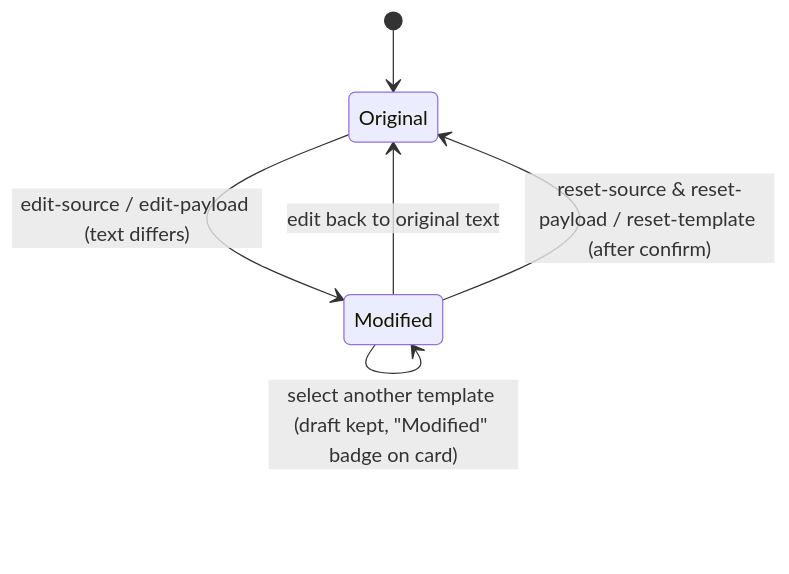
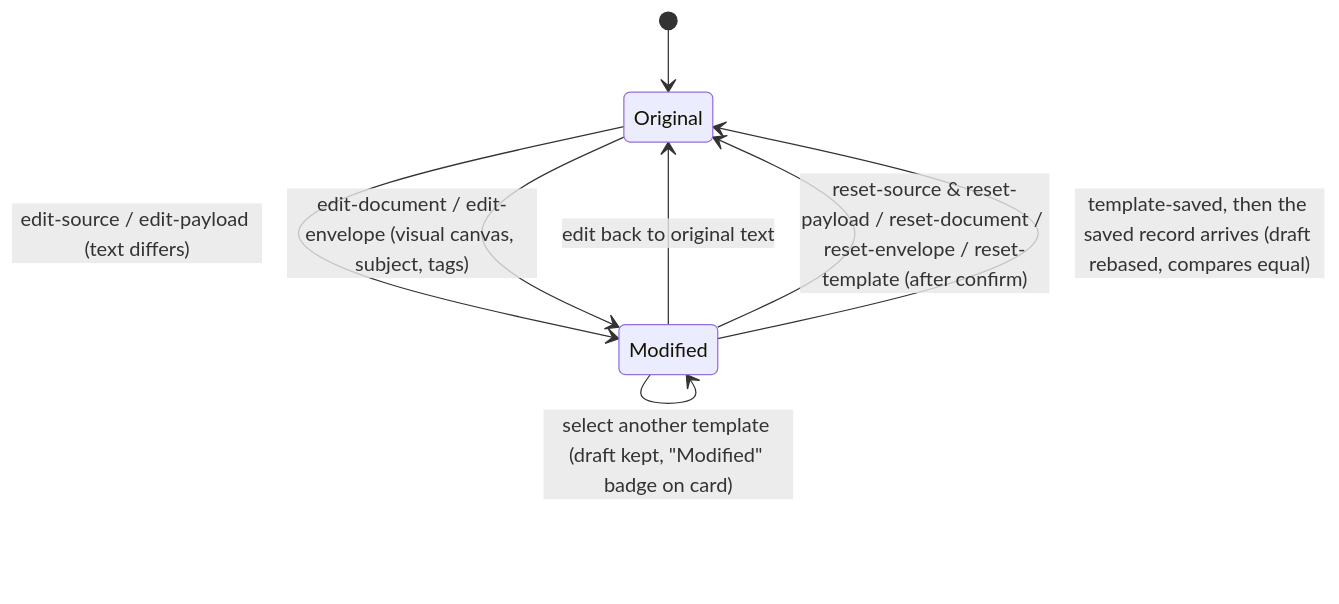
Before and after one commit to swarm-work/email-template-studio: the fifth of 8 diagrams in docs/ARCHITECTURE.md, drawn with Mermaid. The commit also changed other lines of this file and 309 other files, not shown here.

````diff
--- a/docs/ARCHITECTURE.md
+++ b/docs/ARCHITECTURE.md
@@ -74,8 +182,10 @@
 ```mermaid
 stateDiagram-v2
   [*] --> Original
   Original --> Modified: edit-source / edit-payload (text differs)
+  Original --> Modified: edit-document / edit-envelope (visual canvas, subject, tags)
   Modified --> Original: edit back to original text
-  Modified --> Original: reset-source & reset-payload / reset-template (after confirm)
+  Modified --> Original: reset-source & reset-payload / reset-document / reset-envelope / reset-template (after confirm)
+  Modified --> Original: template-saved, then the saved record arrives (draft rebased, compares equal)
   Modified --> Modified: select another template (draft kept, "Modified" badge on card)
 ```
````
